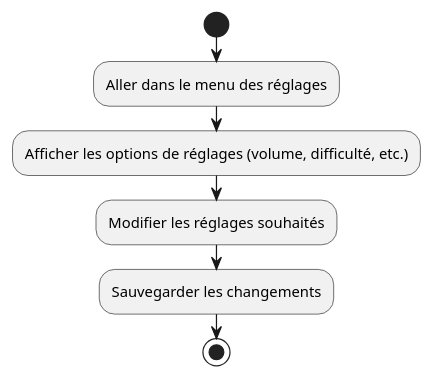
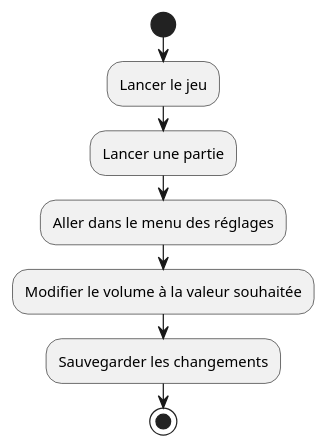
Before and after one commit to LosVerinos/Crossy-Road: the diagram in Diagram/ActivityDiagram/consultParam.puml, drawn with PlantUML. The commit also changed 13 other files, not shown here.

Commit message:
première modif sur les diagrammes d'activités

```diff
--- a/Diagram/ActivityDiagram/consultParam.puml
+++ b/Diagram/ActivityDiagram/consultParam.puml
@@ -1,8 +1,9 @@
 @startuml
 start
+:Lancer le jeu;
+:Lancer une partie;
 :Aller dans le menu des réglages;
-:Afficher les options de réglages (volume, difficulté, etc.);
-:Modifier les réglages souhaités;
+:Modifier le volume à la valeur souhaitée;
 :Sauvegarder les changements;
 stop
 @enduml
```
